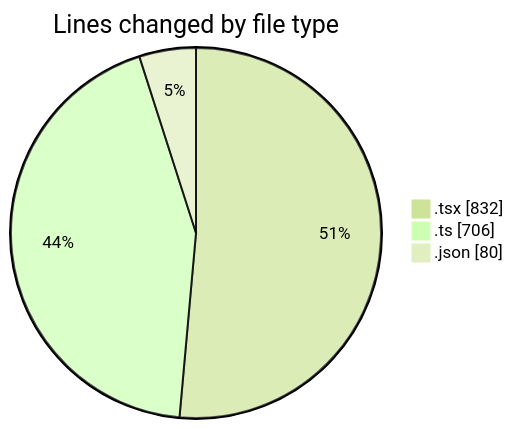
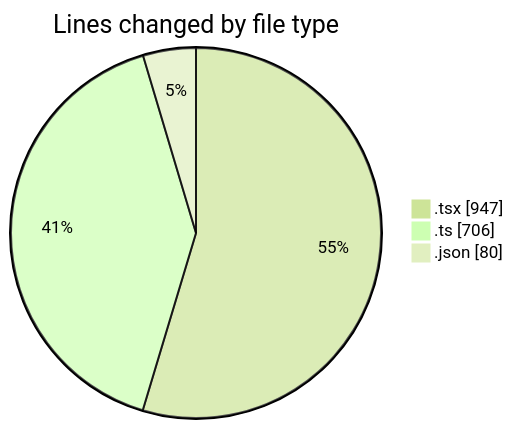
One commit to nxtqubesakshisongat/code-tracking changed the first of 2 diagrams in 2026-03-25/nxtqube_webapp/README.md. Above: the diagram before and after it, drawn with Mermaid (forest theme). The commit also changed other lines of this file and 1 other file, not shown here.

````diff
--- a/2026-03-25/nxtqube_webapp/README.md
+++ b/2026-03-25/nxtqube_webapp/README.md
@@ -25,7 +25,7 @@
 ```mermaid
 pie showData
 title Lines changed by file type
-".tsx" : 832
+".tsx" : 947
 ".ts" : 706
 ".json" : 80
 ```
````
